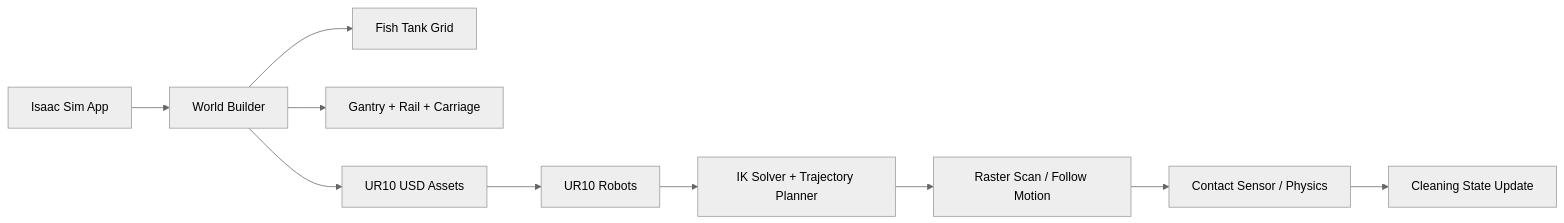
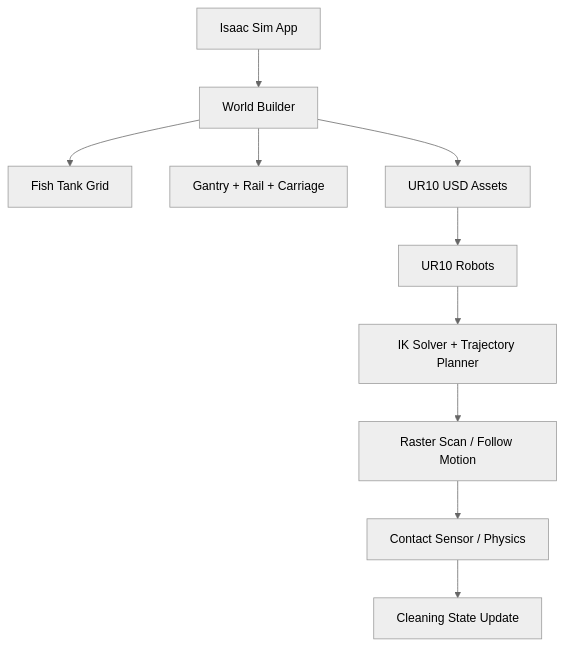
Before and after one commit to amogae7/ROKEY_Projects: the diagram in 디지털 트윈 기반 수산양식장 청소로봇/README.md, drawn with Mermaid (neutral theme).

Commit message:
docs: set digital-twin architecture diagram to vertical layout

````diff
--- a/디지털 트윈 기반 수산양식장 청소로봇/README.md
+++ b/디지털 트윈 기반 수산양식장 청소로봇/README.md
@@ -34,12 +34,12 @@
 ```mermaid
-flowchart LR
+flowchart TD
   SIM[Isaac Sim App] --> WORLD[World Builder]
   WORLD --> TANK[Fish Tank Grid]
   WORLD --> GANTRY[Gantry + Rail + Carriage]
   WORLD --> ASSET[UR10 USD Assets]
   ASSET --> ROBOT[UR10 Robots]
   ROBOT --> IK[IK Solver + Trajectory Planner]
   IK --> CLEAN[Raster Scan / Follow Motion]
   CLEAN --> CONTACT[Contact Sensor / Physics]
   CONTACT --> STATE[Cleaning State Update]
 ```
````
